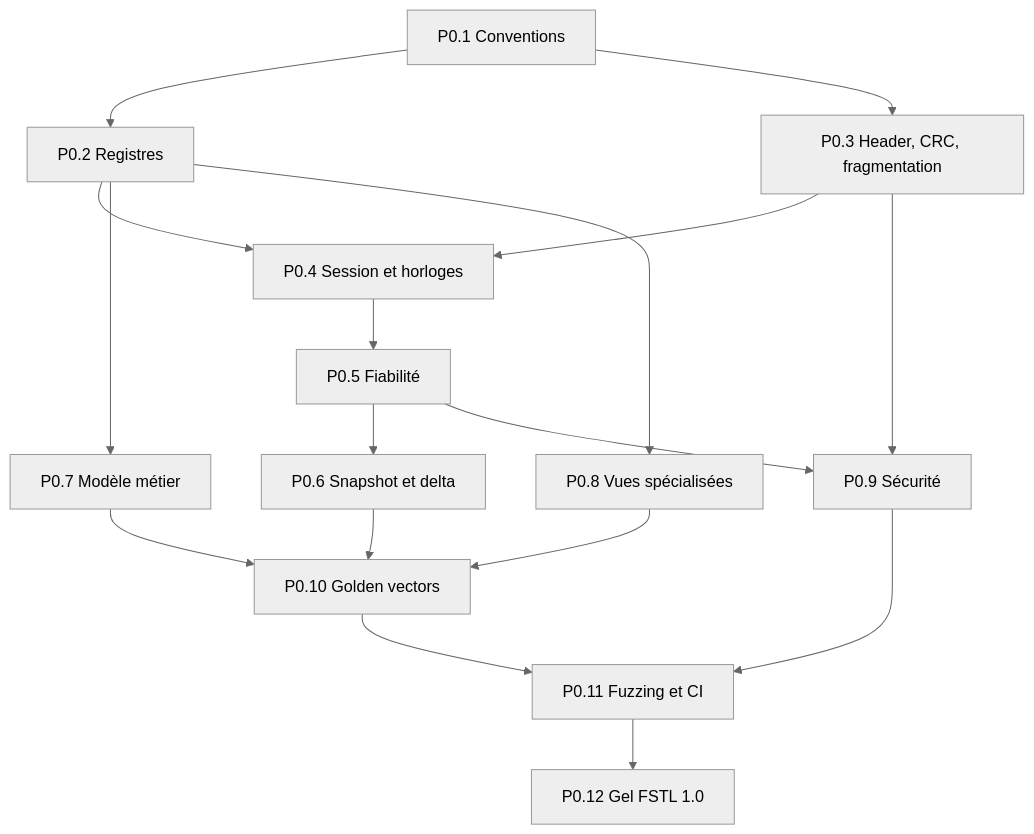
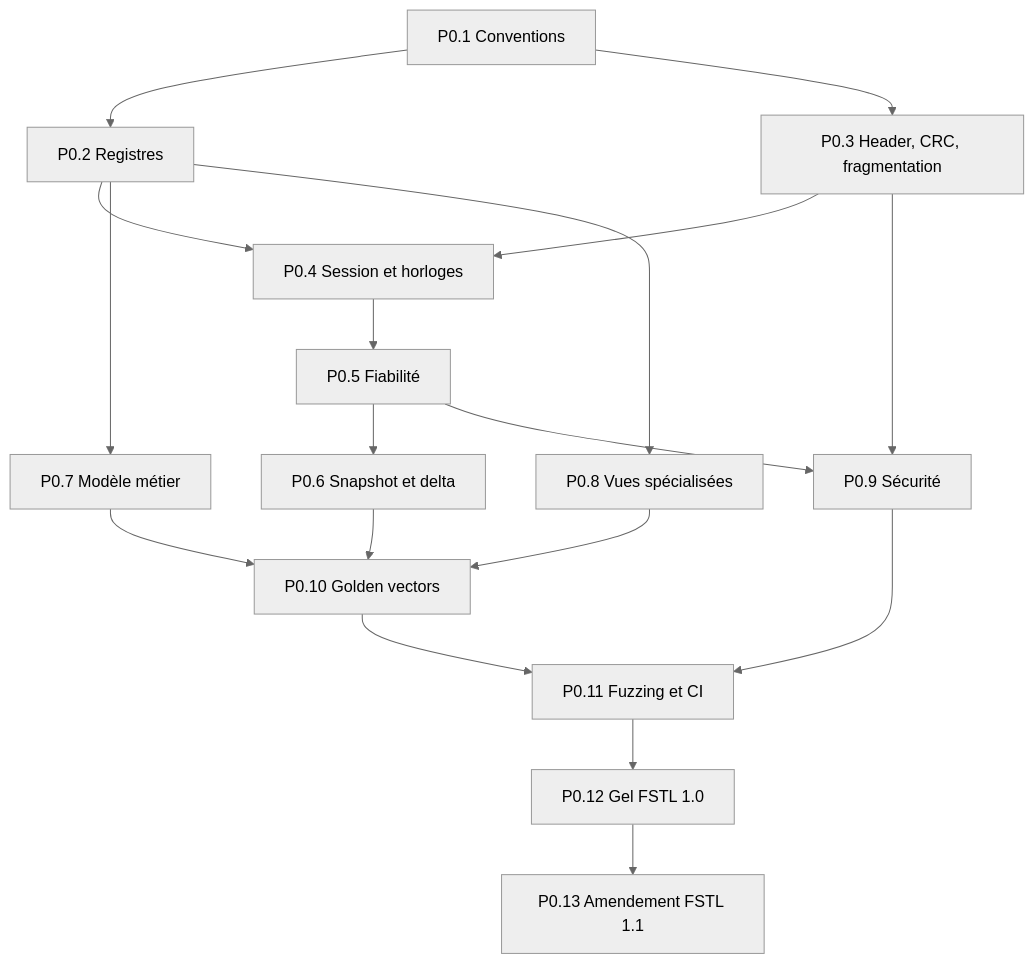
Before and after one commit to dabatnot/fso_telemetry: the diagram in documentation/analysis/specs/0-Contrat-de-protocole/07-livraison-et-tracabilite.md, drawn with Mermaid (neutral theme). The commit also changed other lines of this file and 19 other files, not shown here.

````diff
--- a/documentation/analysis/specs/0-Contrat-de-protocole/07-livraison-et-tracabilite.md
+++ b/documentation/analysis/specs/0-Contrat-de-protocole/07-livraison-et-tracabilite.md
@@ -231,19 +244,20 @@
 ```mermaid
 flowchart TD
     C["P0.1 Conventions"] --> R["P0.2 Registres"]
     C --> H["P0.3 Header, CRC, fragmentation"]
     R --> S["P0.4 Session et horloges"]
     H --> S
     S --> F["P0.5 Fiabilité"]
     F --> D["P0.6 Snapshot et delta"]
     R --> M["P0.7 Modèle métier"]
     R --> V["P0.8 Vues spécialisées"]
     D --> G["P0.10 Golden vectors"]
     M --> G
     V --> G
     H --> Q["P0.9 Sécurité"]
     F --> Q
     G --> Z["P0.11 Fuzzing et CI"]
     Q --> Z
     Z --> X["P0.12 Gel FSTL 1.0"]
+    X --> Y["P0.13 Amendement FSTL 1.1"]
 ```
````
